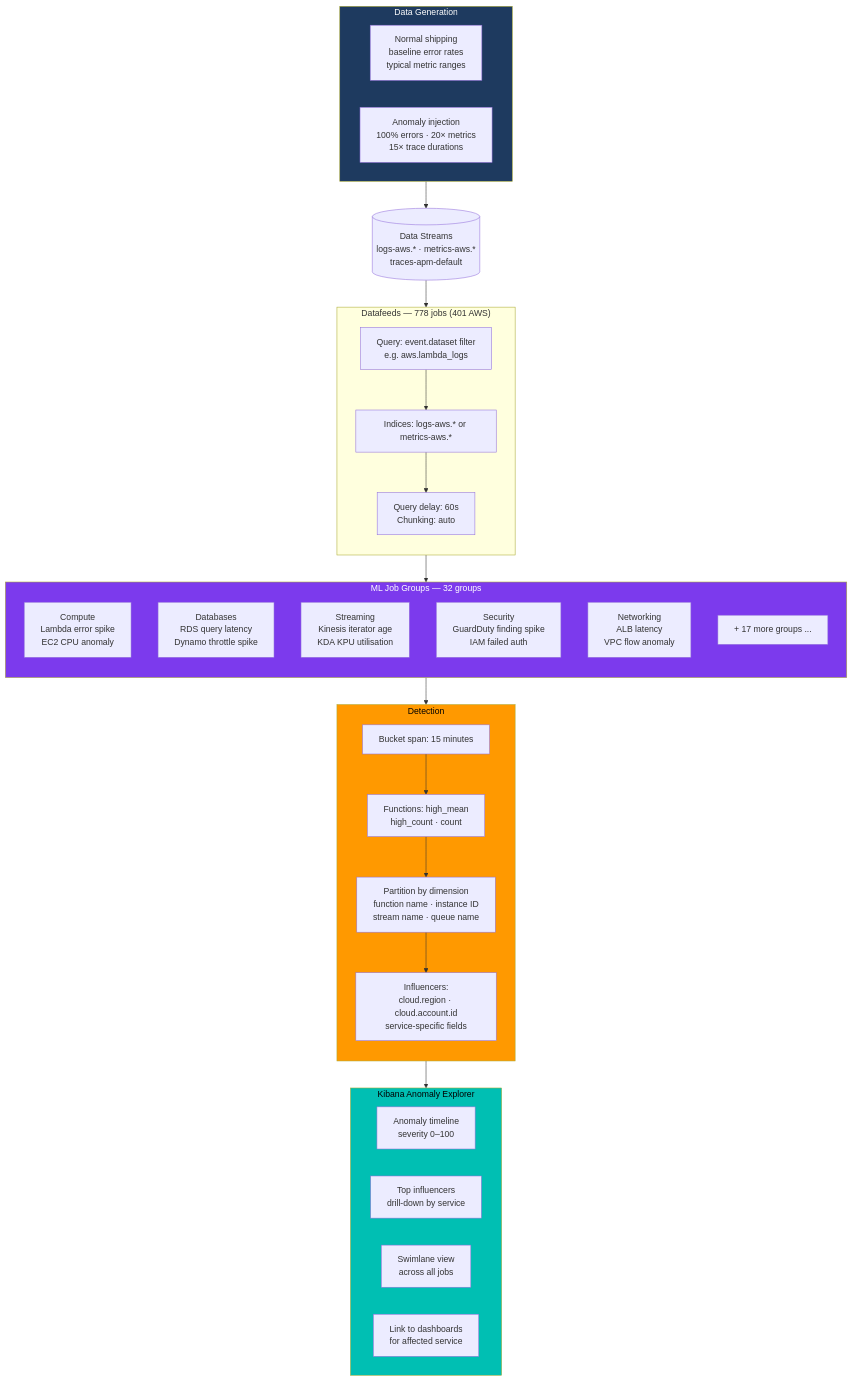
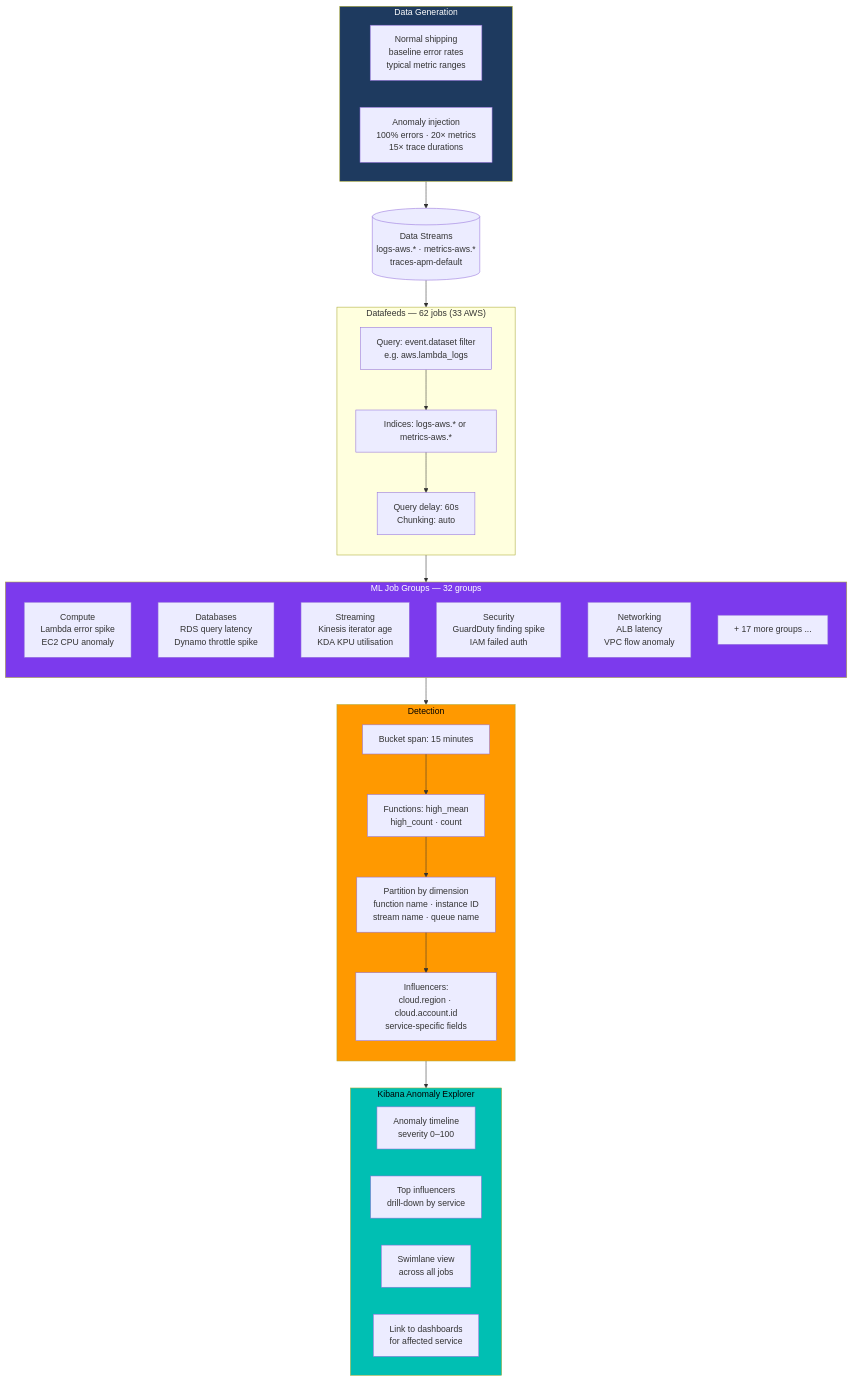
Diagram 12 of 14 in docs/diagrams.md (rkernutt/cloud-to-elastic-load-generator), drawn with Mermaid before and after one commit. The commit also changed other lines of this file and 59 other files, not shown here.

````diff
--- a/docs/diagrams.md
+++ b/docs/diagrams.md
@@ -667,58 +667,58 @@
 ```mermaid
 flowchart TD
     subgraph GEN["Data Generation"]
         direction LR
         NORMAL["Normal shipping\nbaseline error rates\ntypical metric ranges"]
         SPIKE["Anomaly injection\n100% errors · 20× metrics\n15× trace durations"]
     end
 
     GEN --> DS[("Data Streams\nlogs-aws.* · metrics-aws.*\ntraces-apm-default")]
 
     DS --> FEED
 
-    subgraph FEED["Datafeeds — 778 jobs (401 AWS)"]
+    subgraph FEED["Datafeeds — 62 jobs (33 AWS)"]
         direction TB
         F1["Query: event.dataset filter\ne.g. aws.lambda_logs"]
         F2["Indices: logs-aws.* or metrics-aws.*"]
         F3["Query delay: 60s\nChunking: auto"]
         F1 --> F2 --> F3
     end
 
     FEED --> JOBS
 
     subgraph JOBS["ML Job Groups — 32 groups"]
         direction TB
         J1["Compute\nLambda error spike\nEC2 CPU anomaly"]
         J2["Databases\nRDS query latency\nDynamo throttle spike"]
         J3["Streaming\nKinesis iterator age\nKDA KPU utilisation"]
         J4["Security\nGuardDuty finding spike\nIAM failed auth"]
         J5["Networking\nALB latency\nVPC flow anomaly"]
         J6["+ 17 more groups ..."]
     end
 
     JOBS --> DETECT
 
     subgraph DETECT["Detection"]
         direction TB
         DET1["Bucket span: 15 minutes"]
         DET2["Functions: high_mean\nhigh_count · count"]
         DET3["Partition by dimension\nfunction name · instance ID\nstream name · queue name"]
         DET4["Influencers:\ncloud.region · cloud.account.id\nservice-specific fields"]
         DET1 --> DET2 --> DET3 --> DET4
     end
 
     DETECT --> RESULTS
 
     subgraph RESULTS["Kibana Anomaly Explorer"]
         direction LR
         R1["Anomaly timeline\nseverity 0–100"]
         R2["Top influencers\ndrill-down by service"]
         R3["Swimlane view\nacross all jobs"]
         R4["Link to dashboards\nfor affected service"]
     end
 
     style GEN fill:#1e3a5f,color:#fff
     style JOBS fill:#7C3AED,color:#fff
     style DETECT fill:#FF9900,color:#000
     style RESULTS fill:#00BFB3,color:#000
 ```
````
